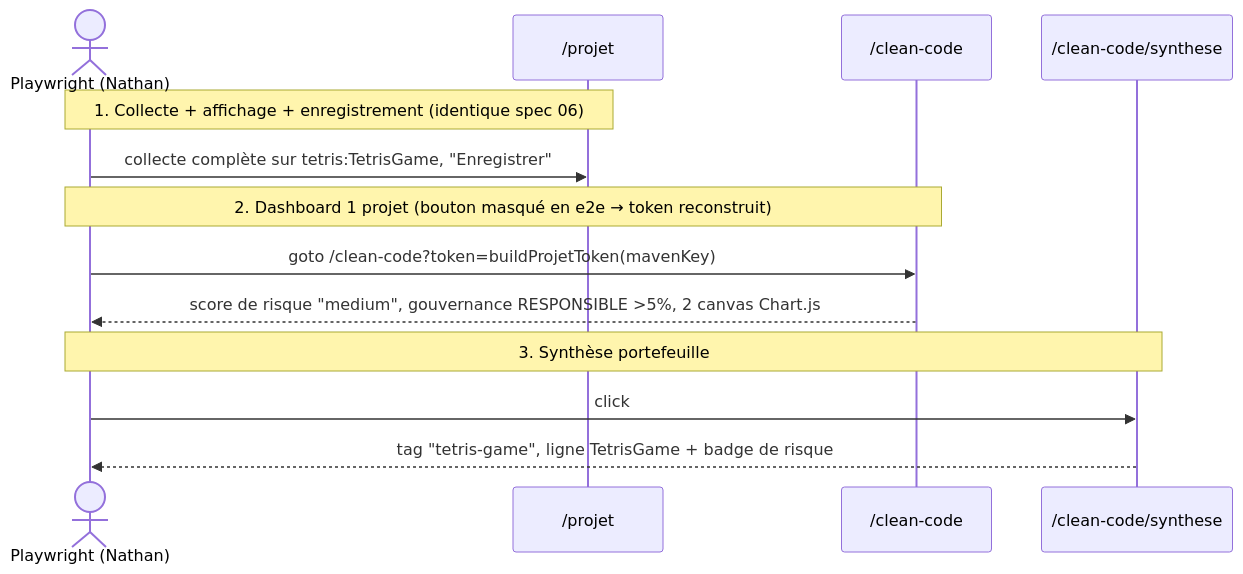
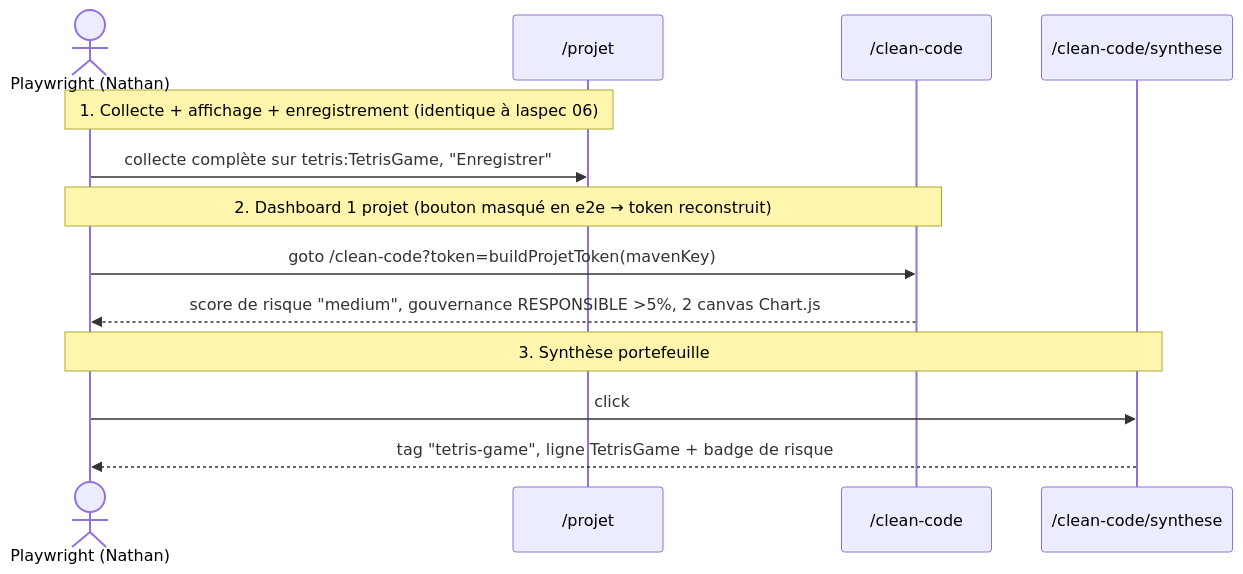
One commit to Laurent-hadjadj/ma-moulinette changed diagram 14 of 23 in mkDocs/docs/ma-moulinette/developpement/test-e2e.md. Above: the diagram before and after it, drawn with Mermaid. The commit also changed other lines of this file, not shown here.

````diff
--- a/mkDocs/docs/ma-moulinette/developpement/test-e2e.md
+++ b/mkDocs/docs/ma-moulinette/developpement/test-e2e.md
@@ -606,18 +621,18 @@
 ```mermaid
 sequenceDiagram
     actor PW as Playwright (Nathan)
     participant Projet as /projet
     participant CC as /clean-code
     participant Synth as /clean-code/synthese
 
-    Note over PW,Projet: 1. Collecte + affichage + enregistrement (identique spec 06)
+    Note over PW,Projet: 1. Collecte + affichage + enregistrement (identique à laspec 06)
     PW->>Projet: collecte complète sur tetris:TetrisGame, "Enregistrer"
 
     Note over PW,CC: 2. Dashboard 1 projet (bouton masqué en e2e → token reconstruit)
     PW->>CC: goto /clean-code?token=buildProjetToken(mavenKey)
     CC-->>PW: score de risque "medium", gouvernance RESPONSIBLE >5%, 2 canvas Chart.js
 
     Note over PW,Synth: 3. Synthèse portefeuille
     PW->>Synth: click #bouton-synthese-portefeuille
     Synth-->>PW: tag "tetris-game", ligne TetrisGame + badge de risque
 ```
````
